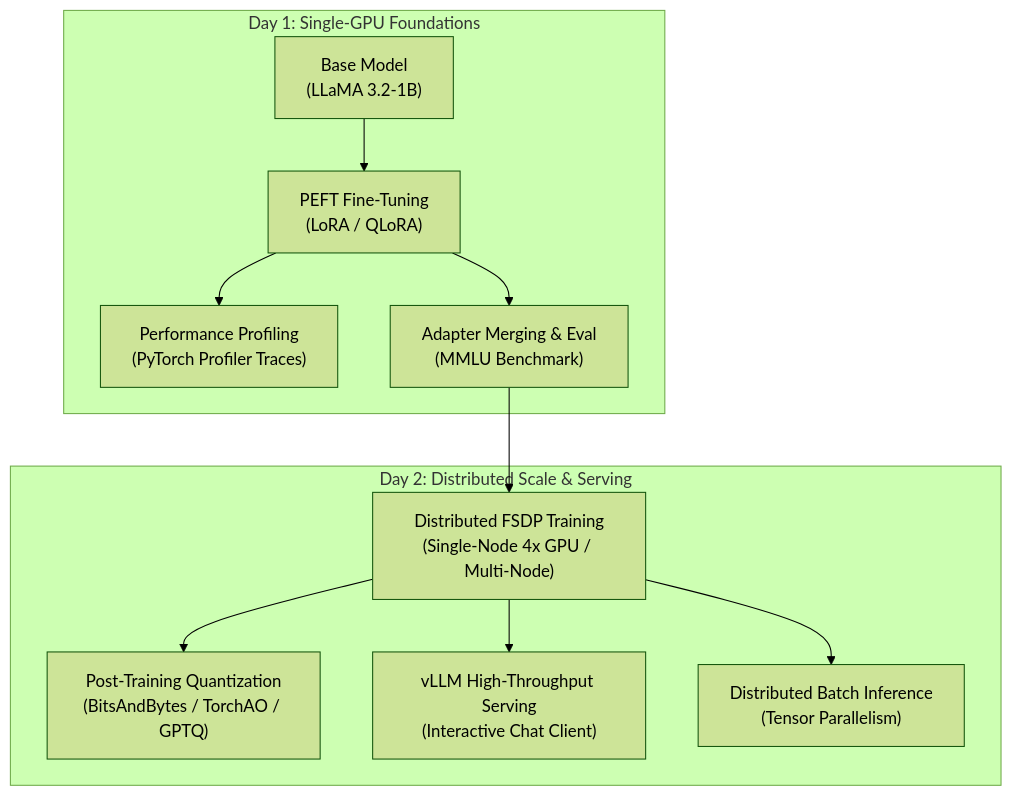
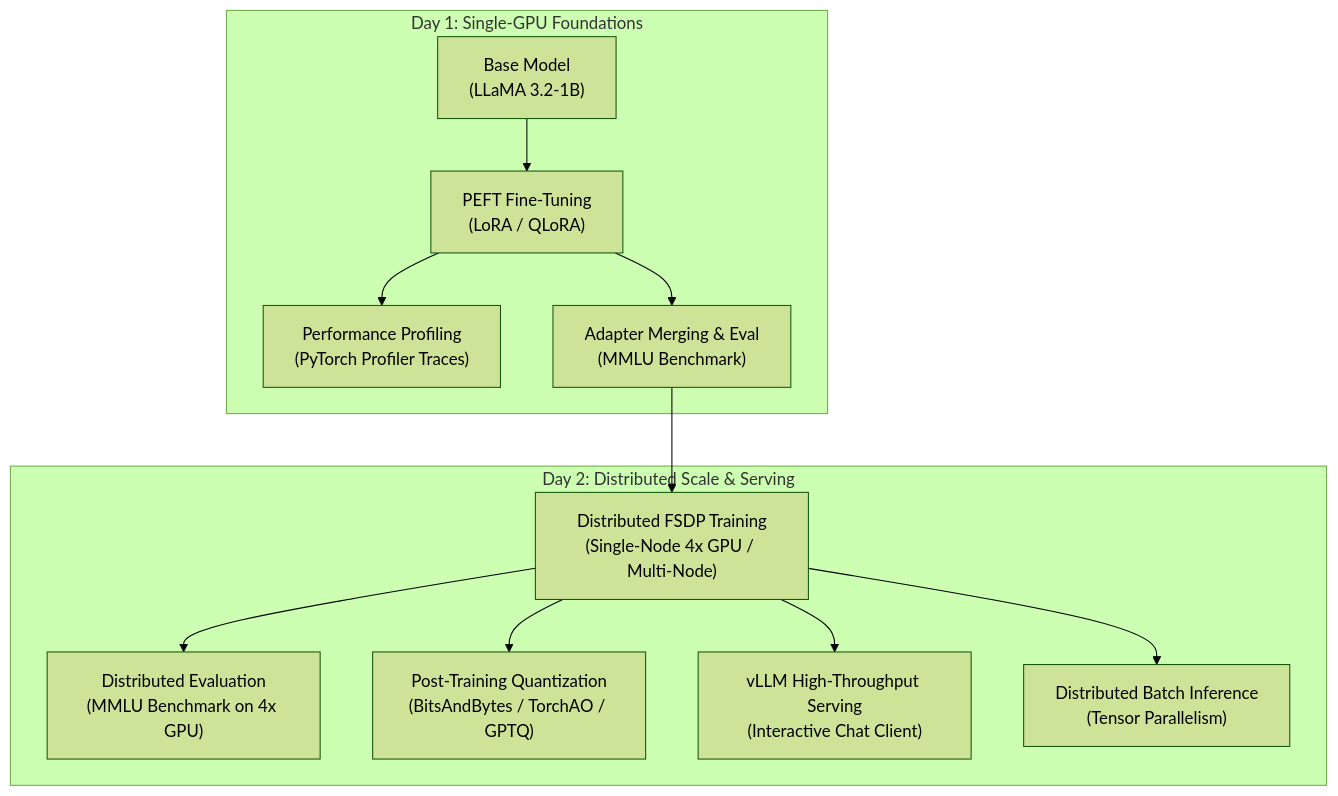
Before and after one commit to HichamAgueny/llm-hpc-course: the diagram in README.md, drawn with Mermaid (forest theme).

Commit message:
README: update the diagram

````diff
--- a/README.md
+++ b/README.md
@@ -13,15 +13,16 @@
 ```mermaid
 flowchart TD
     subgraph Day1["Day 1: Single-GPU Foundations"]
         A["Base Model<br>(LLaMA 3.2-1B)"] --> B["PEFT Fine-Tuning<br>(LoRA / QLoRA)"]
         B --> C["Performance Profiling<br>(PyTorch Profiler Traces)"]
         B --> D["Adapter Merging & Eval<br>(MMLU Benchmark)"]
     end
 
     subgraph Day2["Day 2: Distributed Scale & Serving"]
         D --> E["Distributed FSDP Training<br>(Single-Node 4x GPU / Multi-Node)"]
+        E --> I["Distributed Evaluation<br>(MMLU Benchmark on 4x GPU)"]
         E --> F["Post-Training Quantization<br>(BitsAndBytes / TorchAO / GPTQ)"]
         E --> G["vLLM High-Throughput Serving<br>(Interactive Chat Client)"]
         E --> H["Distributed Batch Inference<br>(Tensor Parallelism)"]
     end
 ```
````
